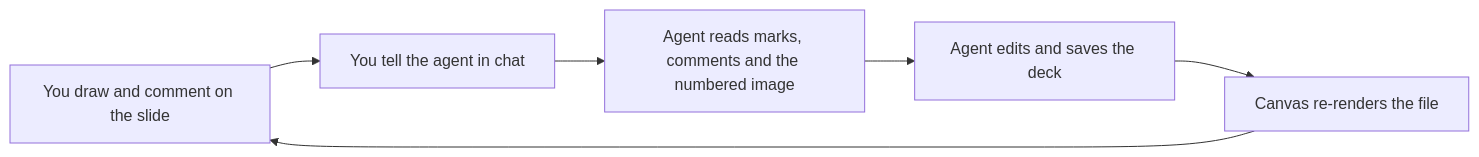
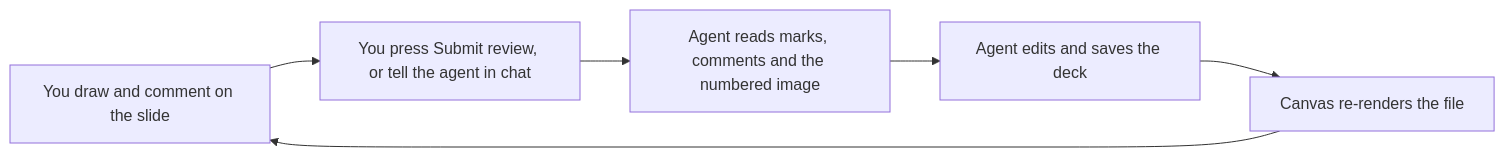
Before and after one commit to openjny/copilot-pptx-review-canvas: the diagram in README.md, drawn with Mermaid. The commit also changed other lines of this file and 19 other files, not shown here.

First line of the commit message:
docs: document Submit review and the comment pane, retake screenshots

````diff
--- a/README.md
+++ b/README.md
@@ -57,8 +62,8 @@
 ```mermaid
 flowchart LR
-  A[You draw and comment on the slide] --> B[You tell the agent in chat]
+  A[You draw and comment on the slide] --> B[You press Submit review, or tell the agent in chat]
   B --> C[Agent reads marks, comments and the numbered image]
   C --> D[Agent edits and saves the deck]
   D --> E[Canvas re-renders the file]
   E --> A
 ```
````
